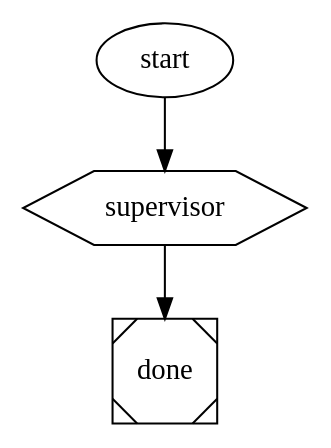
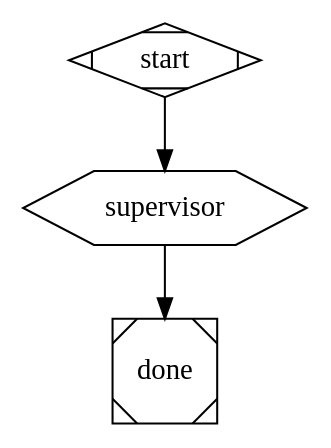
Before and after one commit to samueljklee/attractor: the fifth of 5 diagrams in README.md, drawn with Graphviz. The commit also changed other lines of this file and 44 other files, not shown here.

````diff
--- a/README.md
+++ b/README.md
@@ -193,8 +193,8 @@
 ```dot
 digraph {
-    start [shape=ellipse]
+    start [shape=Mdiamond]
     supervisor [shape=hexagon, child_graph="child.dot", max_iterations="3"]
     done [shape=Msquare]
     start -> supervisor -> done
 }
 ```
````
